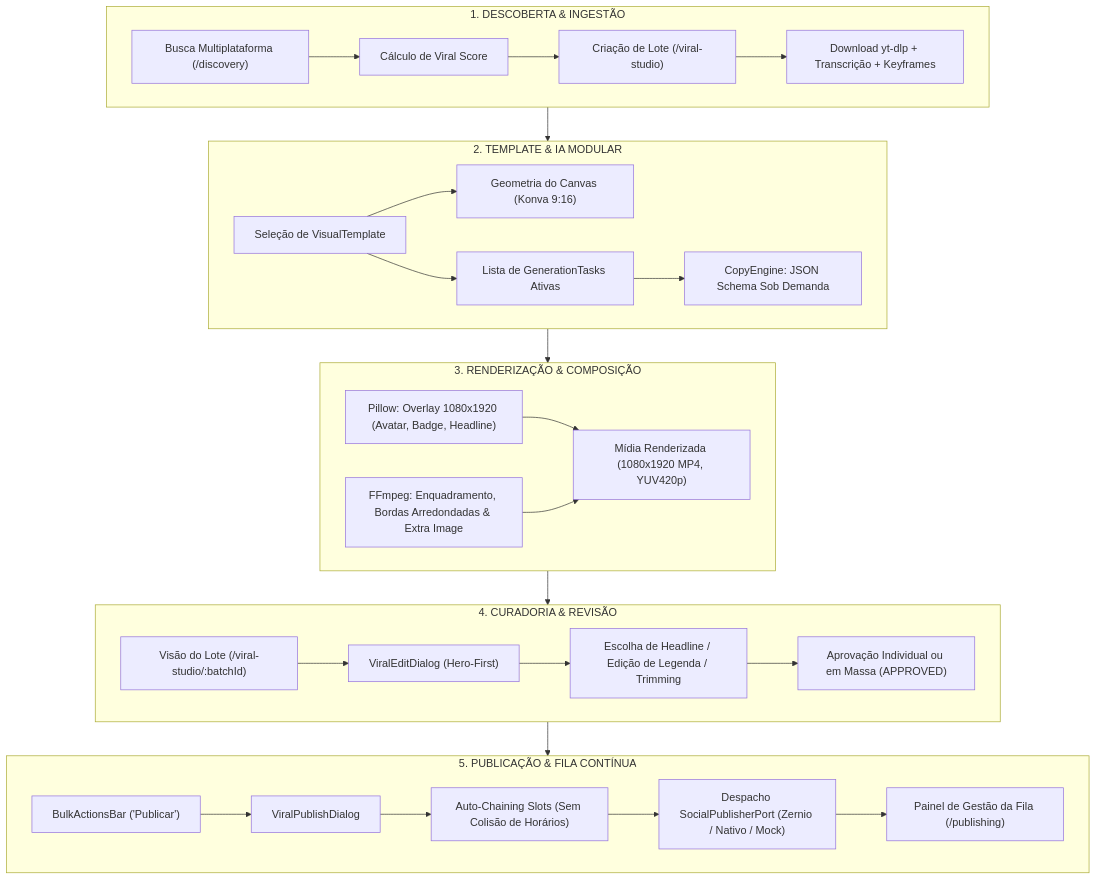
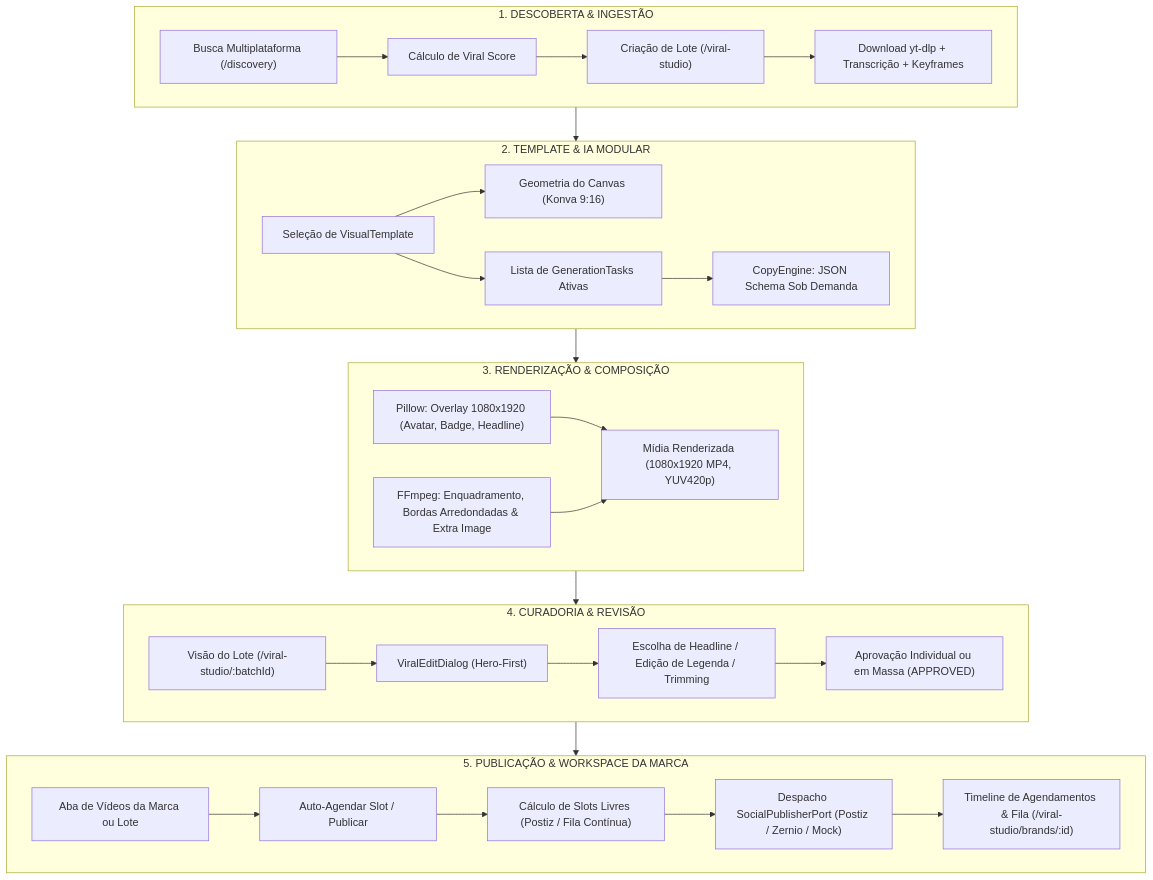
Before and after one commit to luis-henrique-carvalho/viralforge: the first of 7 diagrams in docs/fluxos-do-sistema.md, drawn with Mermaid. The commit also changed other lines of this file and 9 other files, not shown here.

Commit message:
feat: add brand management workspace and Postiz publishing integration documentation and prototypes

````diff
--- a/docs/fluxos-do-sistema.md
+++ b/docs/fluxos-do-sistema.md
@@ -20,35 +22,35 @@
 ```mermaid
 flowchart TD
     subgraph F1["1. DESCOBERTA & INGESTÃO"]
         D1["Busca Multiplataforma (/discovery)"] --> D2["Cálculo de Viral Score"]
         D2 --> D3["Criação de Lote (/viral-studio)"]
         D3 --> D4["Download yt-dlp + Transcrição + Keyframes"]
     end
 
     subgraph F2["2. TEMPLATE & IA MODULAR"]
         T1["Seleção de VisualTemplate"] --> T2["Geometria do Canvas (Konva 9:16)"]
         T1 --> T3["Lista de GenerationTasks Ativas"]
         T3 --> T4["CopyEngine: JSON Schema Sob Demanda"]
     end
 
     subgraph F3["3. RENDERIZAÇÃO & COMPOSIÇÃO"]
         R1["Pillow: Overlay 1080x1920 (Avatar, Badge, Headline)"]
         R2["FFmpeg: Enquadramento, Bordas Arredondadas & Extra Image"]
         R1 & R2 --> R3["Mídia Renderizada (1080x1920 MP4, YUV420p)"]
     end
 
     subgraph F4["4. CURADORIA & REVISÃO"]
         E1["Visão do Lote (/viral-studio/:batchId)"] --> E2["ViralEditDialog (Hero-First)"]
         E2 --> E3["Escolha de Headline / Edição de Legenda / Trimming"]
         E3 --> E4["Aprovação Individual ou em Massa (APPROVED)"]
     end
 
-    subgraph F5["5. PUBLICAÇÃO & FILA CONTÍNUA"]
-        P1["BulkActionsBar ('Publicar')"] --> P2["ViralPublishDialog"]
-        P2 --> P3["Auto-Chaining Slots (Sem Colisão de Horários)"]
-        P3 --> P4["Despacho SocialPublisherPort (Zernio / Nativo / Mock)"]
-        P4 --> P5["Painel de Gestão da Fila (/publishing)"]
+    subgraph F5["5. PUBLICAÇÃO & WORKSPACE DA MARCA"]
+        P1["Aba de Vídeos da Marca ou Lote"] --> P2["Auto-Agendar Slot / Publicar"]
+        P2 --> P3["Cálculo de Slots Livres (Postiz / Fila Contínua)"]
+        P3 --> P4["Despacho SocialPublisherPort (Postiz / Zernio / Mock)"]
+        P4 --> P5["Timeline de Agendamentos & Fila (/viral-studio/brands/:id)"]
     end
 
     F1 --> F2 --> F3 --> F4 --> F5
 ```
````
